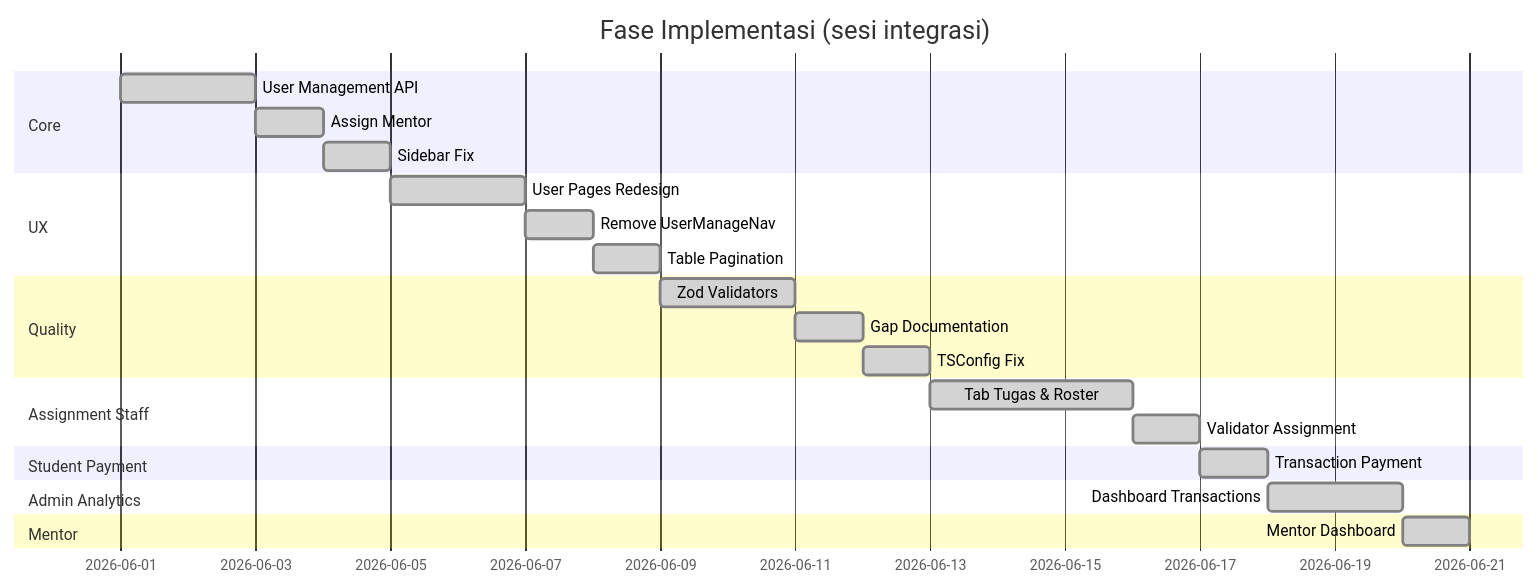
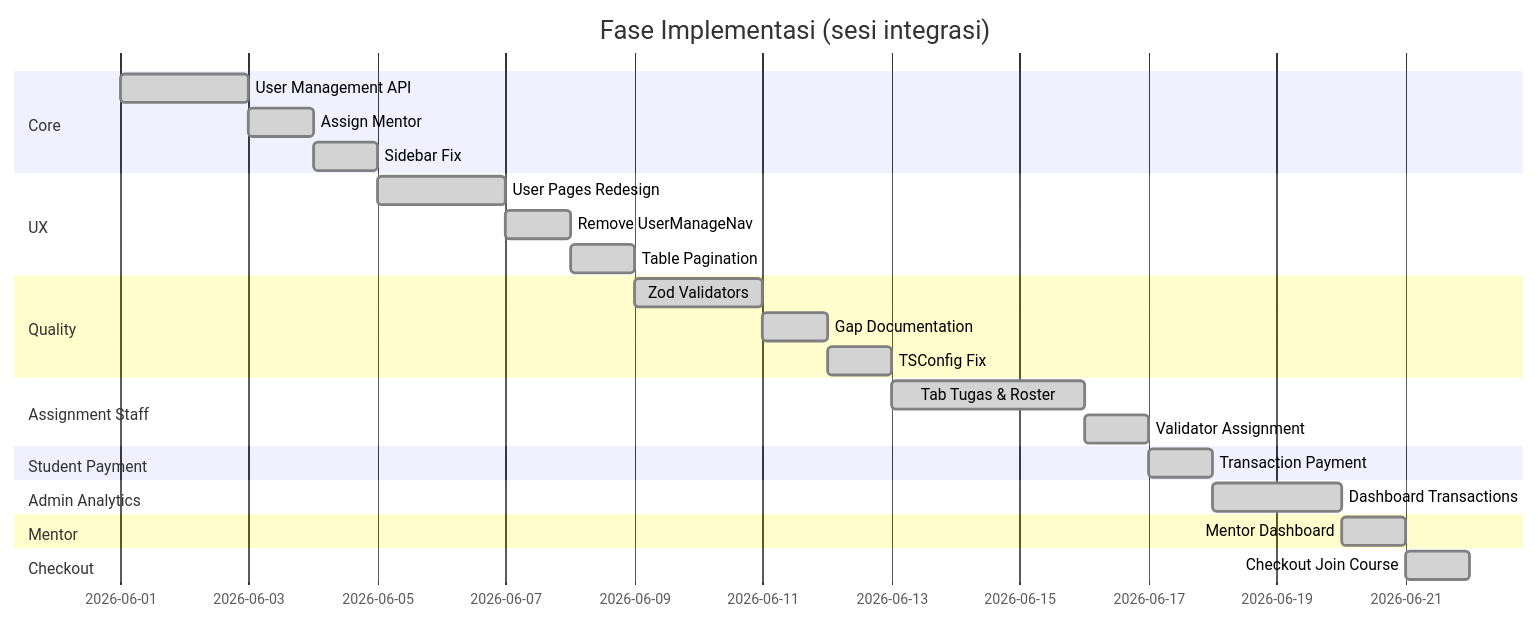
One commit to Dinus-Open-Source-Community/web-DU changed the second of 2 diagrams in frontend-react/src/docs/progress/implementation-log.md. Above: the diagram before and after it, drawn with Mermaid. The commit also changed other lines of this file and 45 other files, not shown here.

````diff
--- a/frontend-react/src/docs/progress/implementation-log.md
+++ b/frontend-react/src/docs/progress/implementation-log.md
@@ -535,26 +584,28 @@
 ```mermaid
 gantt
   title Fase Implementasi (sesi integrasi)
   dateFormat YYYY-MM-DD
   section Core
     User Management API     :done, f1, 2026-06-01, 2d
     Assign Mentor           :done, f2, after f1, 1d
     Sidebar Fix             :done, f3, after f2, 1d
   section UX
     User Pages Redesign     :done, f4, after f3, 2d
     Remove UserManageNav    :done, f5, after f4, 1d
     Table Pagination        :done, f6, after f5, 1d
   section Quality
     Zod Validators          :done, f7, after f6, 2d
     Gap Documentation       :done, f8, after f7, 1d
     TSConfig Fix            :done, f9, after f8, 1d
   section Assignment Staff
     Tab Tugas & Roster      :done, f11, after f9, 3d
     Validator Assignment    :done, f12, after f11, 1d
   section Student Payment
     Transaction Payment     :done, f17, after f12, 1d
   section Admin Analytics
     Dashboard Transactions  :done, f18, after f17, 2d
   section Mentor
     Mentor Dashboard        :done, f19, after f18, 1d
+  section Checkout
+    Checkout Join Course    :done, f20, after f19, 1d
 ```
````
